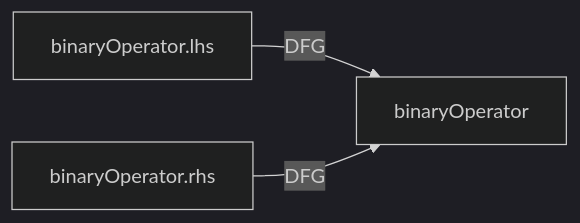
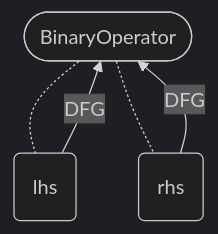
One commit to Fraunhofer-AISEC/cpg changed the eighth of 19 diagrams in cpg-core/specifications/dfg.md. Above: the diagram before and after it, drawn with Mermaid (dark theme). The commit also changed other lines of this file, not shown here.

````diff
--- a/cpg-core/specifications/dfg.md
+++ b/cpg-core/specifications/dfg.md
@@ -112,5 +114,7 @@
   ```mermaid
-  flowchart LR
-    binaryOperator.lhs -- DFG --> binaryOperator;
-    binaryOperator.rhs -- DFG --> binaryOperator;
+  flowchart
+    node([BinaryOperator]) -.- lhs(lhs);
+    node([BinaryOperator]) -.- rhs(rhs);
+    rhs -- DFG --> node;
+    lhs -- DFG --> node;
   ```
````
